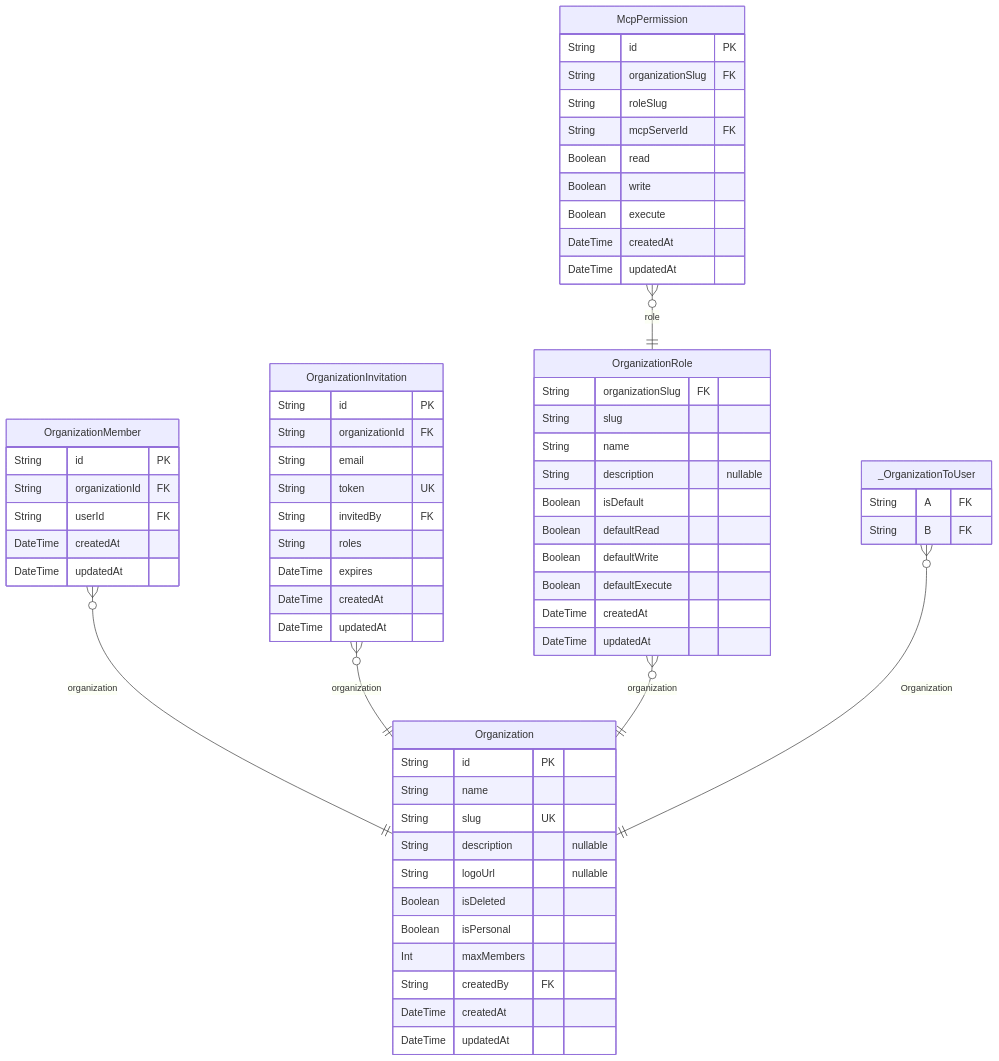
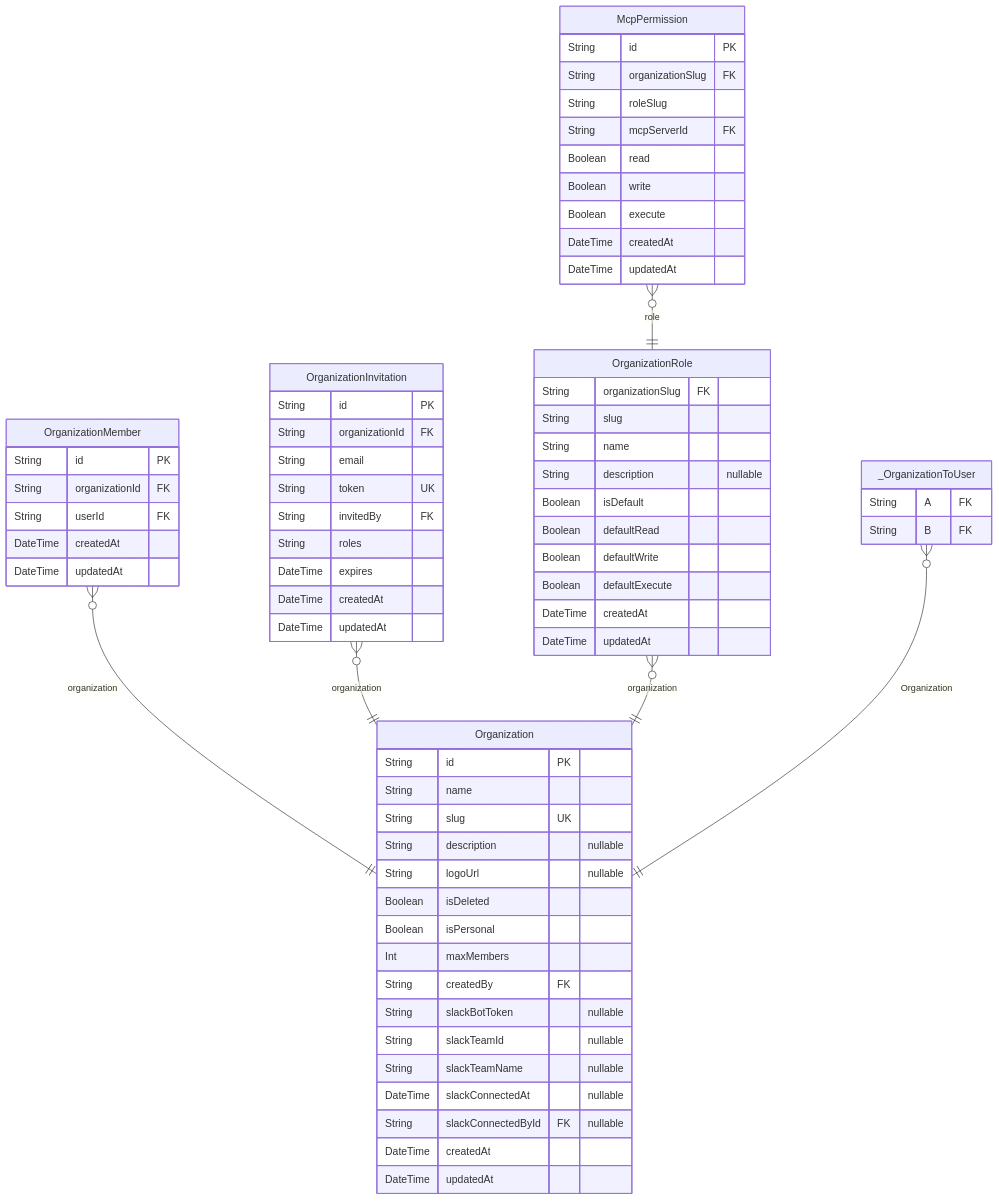
The sixth of 10 diagrams in packages/db/prisma/README.md (rayven122/tumiki), drawn with Mermaid before and after one commit. The commit also changed other lines of this file and 25 other files, not shown here.

First line of the commit message:
feat(db): add Slack integration fields to Organization and Agent schemas

````diff
--- a/packages/db/prisma/README.md
+++ b/packages/db/prisma/README.md
@@ -445,66 +414,71 @@
 ```mermaid
 erDiagram
 "Organization" {
   String id PK
   String name
   String slug UK
   String description "nullable"
   String logoUrl "nullable"
   Boolean isDeleted
   Boolean isPersonal
   Int maxMembers
   String createdBy FK
+  String slackBotToken "nullable"
+  String slackTeamId "nullable"
+  String slackTeamName "nullable"
+  DateTime slackConnectedAt "nullable"
+  String slackConnectedById FK "nullable"
   DateTime createdAt
   DateTime updatedAt
 }
 "OrganizationMember" {
   String id PK
   String organizationId FK
   String userId FK
   DateTime createdAt
   DateTime updatedAt
 }
 "OrganizationInvitation" {
   String id PK
   String organizationId FK
   String email
   String token UK
   String invitedBy FK
   String roles
   DateTime expires
   DateTime createdAt
   DateTime updatedAt
 }
 "OrganizationRole" {
   String organizationSlug FK
   String slug
   String name
   String description "nullable"
   Boolean isDefault
   Boolean defaultRead
   Boolean defaultWrite
   Boolean defaultExecute
   DateTime createdAt
   DateTime updatedAt
 }
 "McpPermission" {
   String id PK
   String organizationSlug FK
   String roleSlug
   String mcpServerId FK
   Boolean read
   Boolean write
   Boolean execute
   DateTime createdAt
   DateTime updatedAt
 }
 "_OrganizationToUser" {
   String A FK
   String B FK
 }
 "OrganizationMember" }o--|| "Organization" : organization
 "OrganizationInvitation" }o--|| "Organization" : organization
 "OrganizationRole" }o--|| "Organization" : organization
 "McpPermission" }o--|| "OrganizationRole" : role
 "_OrganizationToUser" }o--|| "Organization" : Organization
 ```
````
